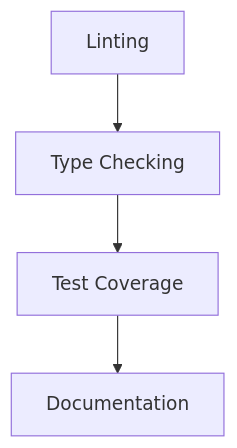
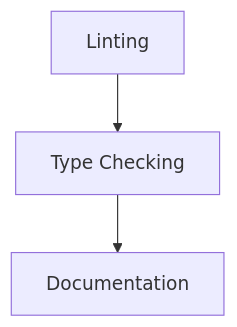
The third of 4 diagrams in docs/development/master_workflow.md (korykilpatrick/HelpHut), drawn with Mermaid before and after one commit. The commit also changed other lines of this file and 112 other files, not shown here.

````diff
--- a/docs/development/master_workflow.md
+++ b/docs/development/master_workflow.md
@@ -93,6 +81,5 @@
 ```mermaid
 graph TD
     A[Linting] --> B[Type Checking]
-    B --> C[Test Coverage]
-    C --> D[Documentation]
+    B --> C[Documentation]
 ```
````
